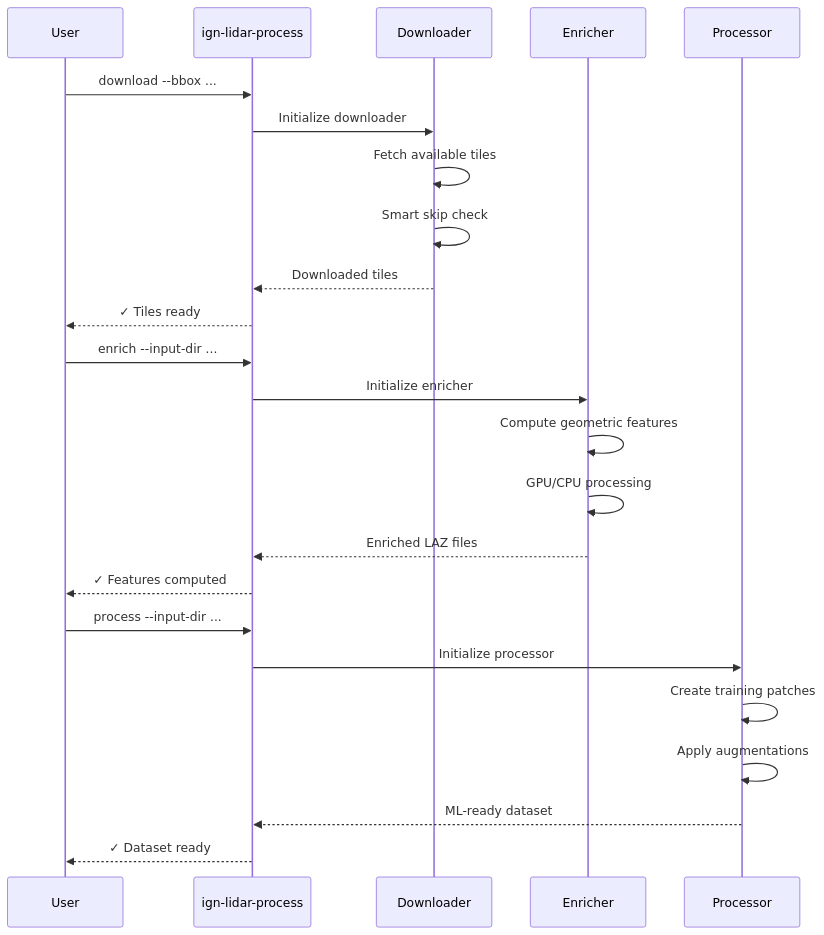
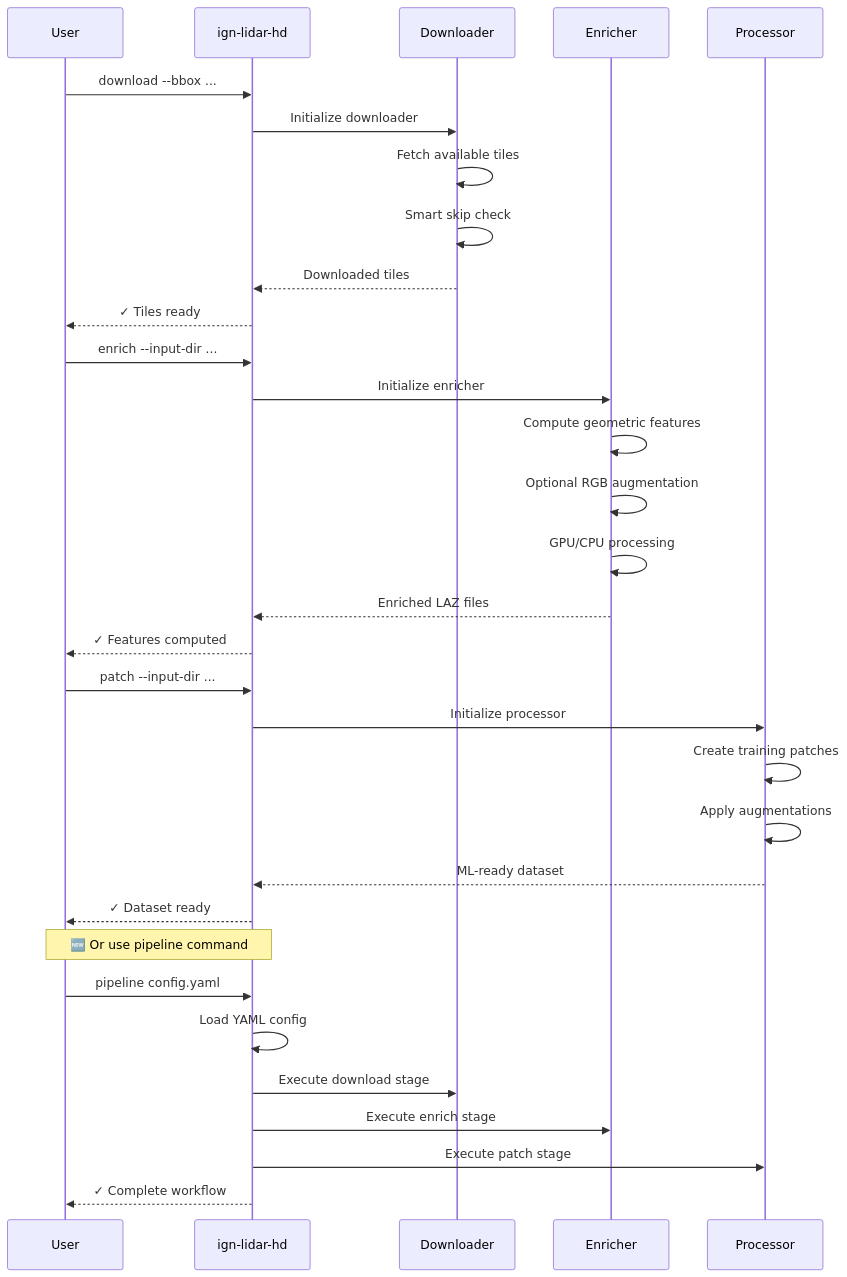
Before and after one commit to sducournau/IGN_LIDAR_HD_DATASET: the third of 4 diagrams in README.md, drawn with Mermaid. The commit also changed other lines of this file and 52 other files, not shown here.

````diff
--- a/README.md
+++ b/README.md
@@ -212,29 +269,38 @@
 ```mermaid
 sequenceDiagram
     participant User
-    participant CLI as ign-lidar-process
+    participant CLI as ign-lidar-hd
     participant D as Downloader
     participant E as Enricher
     participant P as Processor
 
     User->>CLI: download --bbox ...
     CLI->>D: Initialize downloader
     D->>D: Fetch available tiles
     D->>D: Smart skip check
     D-->>CLI: Downloaded tiles
     CLI-->>User: ✓ Tiles ready
 
     User->>CLI: enrich --input-dir ...
     CLI->>E: Initialize enricher
     E->>E: Compute geometric features
+    E->>E: Optional RGB augmentation
     E->>E: GPU/CPU processing
     E-->>CLI: Enriched LAZ files
     CLI-->>User: ✓ Features computed
 
-    User->>CLI: process --input-dir ...
+    User->>CLI: patch --input-dir ...
     CLI->>P: Initialize processor
     P->>P: Create training patches
     P->>P: Apply augmentations
     P-->>CLI: ML-ready dataset
     CLI-->>User: ✓ Dataset ready
+
+    Note over User,CLI: 🆕 Or use pipeline command
+    User->>CLI: pipeline config.yaml
+    CLI->>CLI: Load YAML config
+    CLI->>D: Execute download stage
+    CLI->>E: Execute enrich stage
+    CLI->>P: Execute patch stage
+    CLI-->>User: ✓ Complete workflow
 ```
````
